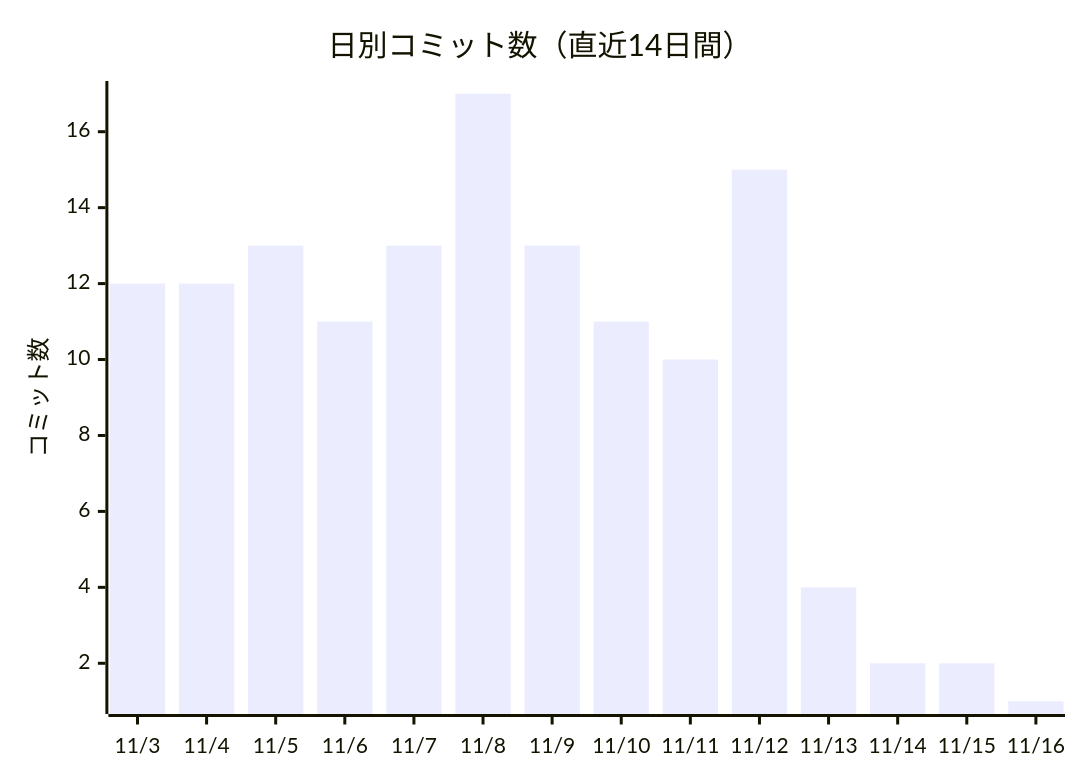
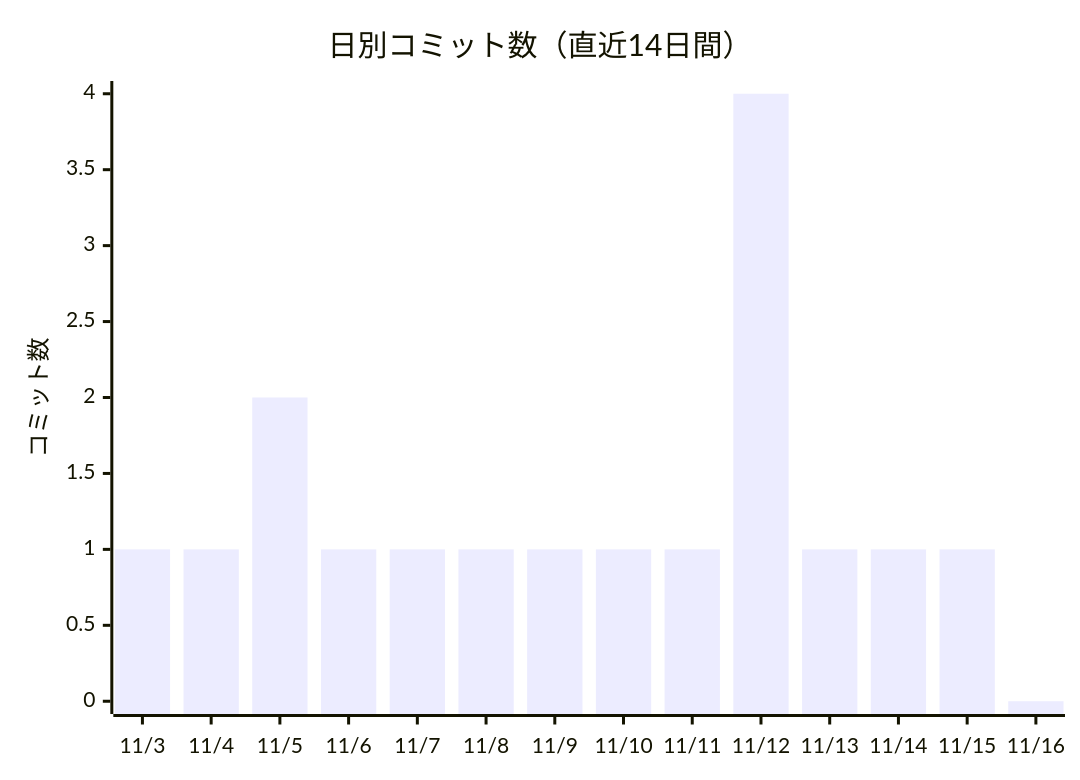
The first of 2 diagrams in docs/進化レポート.md (non-x2/non-x2), drawn with Mermaid before and after one commit. The commit also changed other lines of this file and 1 other file, not shown here.

````diff
--- a/docs/進化レポート.md
+++ b/docs/進化レポート.md
@@ -25,7 +25,7 @@
 ```mermaid
 xychart-beta
     title "日別コミット数（直近14日間）"
     x-axis ["11/3", "11/4", "11/5", "11/6", "11/7", "11/8", "11/9", "11/10", "11/11", "11/12", "11/13", "11/14", "11/15", "11/16"]
     y-axis "コミット数"
-    bar [12, 12, 13, 11, 13, 17, 13, 11, 10, 15, 4, 2, 2, 1]
+    bar [1, 1, 2, 1, 1, 1, 1, 1, 1, 4, 1, 1, 1, 0]
 ```
````
